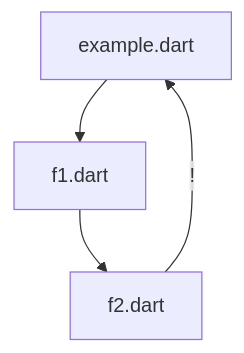
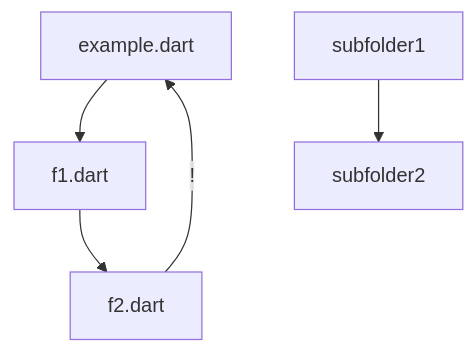
One commit to polina-c/layerlens changed the diagram in example/lib/DEPENDENCIES.md. Above: the diagram before and after it, drawn with Mermaid. The commit also changed other lines of this file and 9 other files, not shown here.

````diff
--- a/example/lib/DEPENDENCIES.md
+++ b/example/lib/DEPENDENCIES.md
@@ -6,6 +6,7 @@
 ```mermaid
 flowchart TD;
 example.dart-->f1.dart;
 f1.dart-->f2.dart;
 f2.dart--!-->example.dart;
+subfolder1-->subfolder2;
 ```
````
